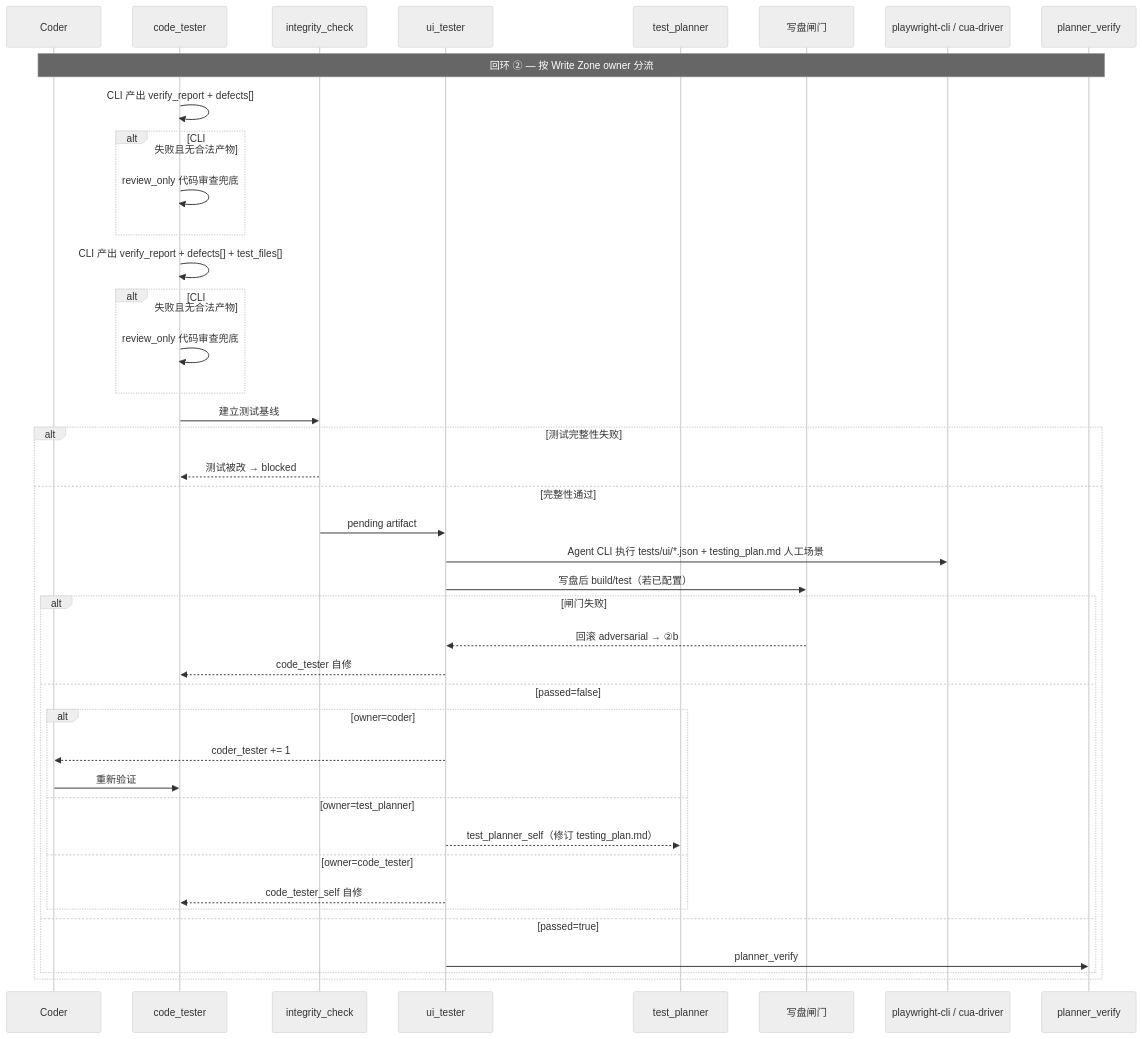
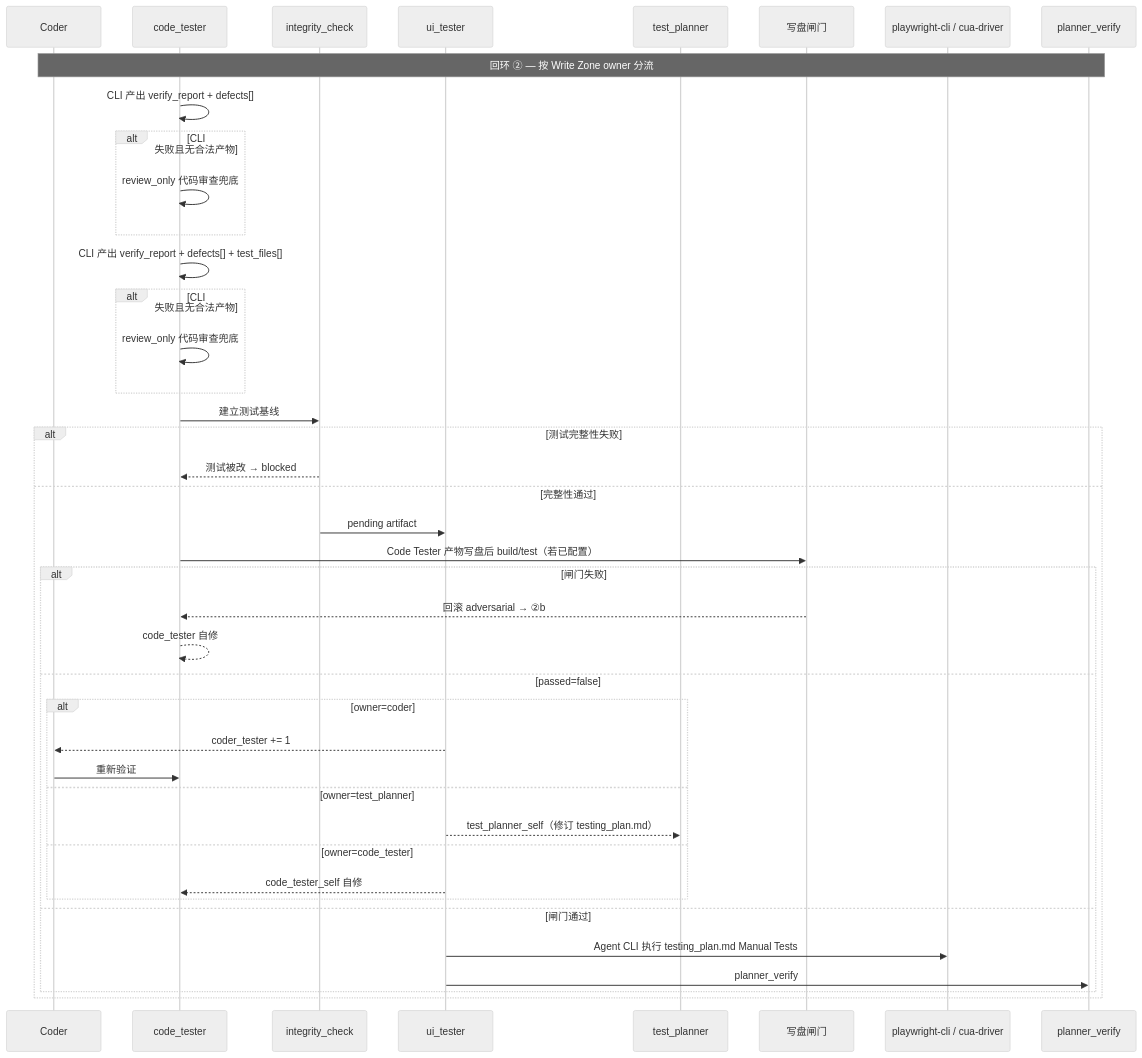
Before and after one commit to ai-poet/spec-forge: the third of 4 diagrams in README.md, drawn with Mermaid (neutral theme). The commit also changed other lines of this file and 5 other files, not shown here.

````diff
--- a/README.md
+++ b/README.md
@@ -343,44 +343,44 @@
 ```mermaid
 sequenceDiagram
   participant Coder
   participant CodeTester as code_tester
   participant Integrity as integrity_check
   participant UiTester as ui_tester
   participant TestPlanner as test_planner
   participant Gate as 写盘闸门
   participant UI as playwright-cli / cua-driver
   participant Verify as planner_verify
 
   Note over Coder,Verify: 回环 ② — 按 Write Zone owner 分流
   CodeTester->>CodeTester: CLI 产出 verify_report + defects[]
   alt CLI 失败且无合法产物
     CodeTester->>CodeTester: review_only 代码审查兜底
   end
   CodeTester->>CodeTester: CLI 产出 verify_report + defects[] + test_files[]
   alt CLI 失败且无合法产物
     CodeTester->>CodeTester: review_only 代码审查兜底
   end
   CodeTester->>Integrity: 建立测试基线
   alt 测试完整性失败
     Integrity-->>CodeTester: 测试被改 → blocked
   else 完整性通过
     Integrity->>UiTester: pending artifact
-    UiTester->>UI: Agent CLI 执行 tests/ui/*.json + testing_plan.md 人工场景
-    UiTester->>Gate: 写盘后 build/test（若已配置）
+    CodeTester->>Gate: Code Tester 产物写盘后 build/test（若已配置）
     alt 闸门失败
-      Gate-->>UiTester: 回滚 adversarial → ②b
-      UiTester-->>CodeTester: code_tester 自修
+      Gate-->>CodeTester: 回滚 adversarial → ②b
+      CodeTester-->>CodeTester: code_tester 自修
     else passed=false
       alt owner=coder
         UiTester-->>Coder: coder_tester += 1
         Coder->>CodeTester: 重新验证
       else owner=test_planner
         UiTester-->>TestPlanner: test_planner_self（修订 testing_plan.md）
       else owner=code_tester
         UiTester-->>CodeTester: code_tester_self 自修
       end
-    else passed=true
+    else 闸门通过
+      UiTester->>UI: Agent CLI 执行 testing_plan.md Manual Tests
       UiTester->>Verify: planner_verify
     end
   end
 ```
````
